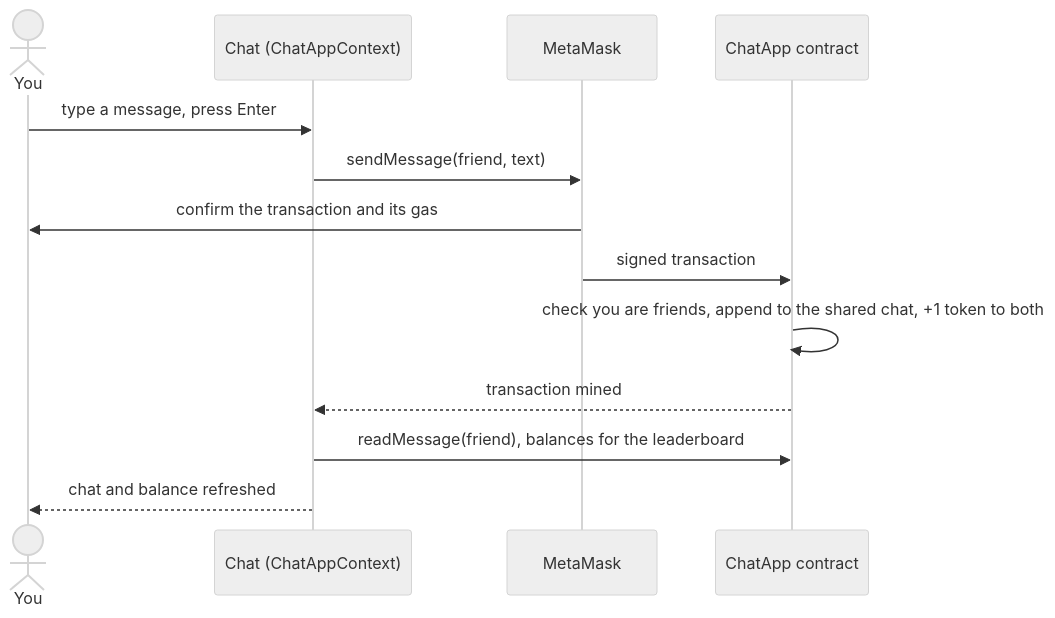
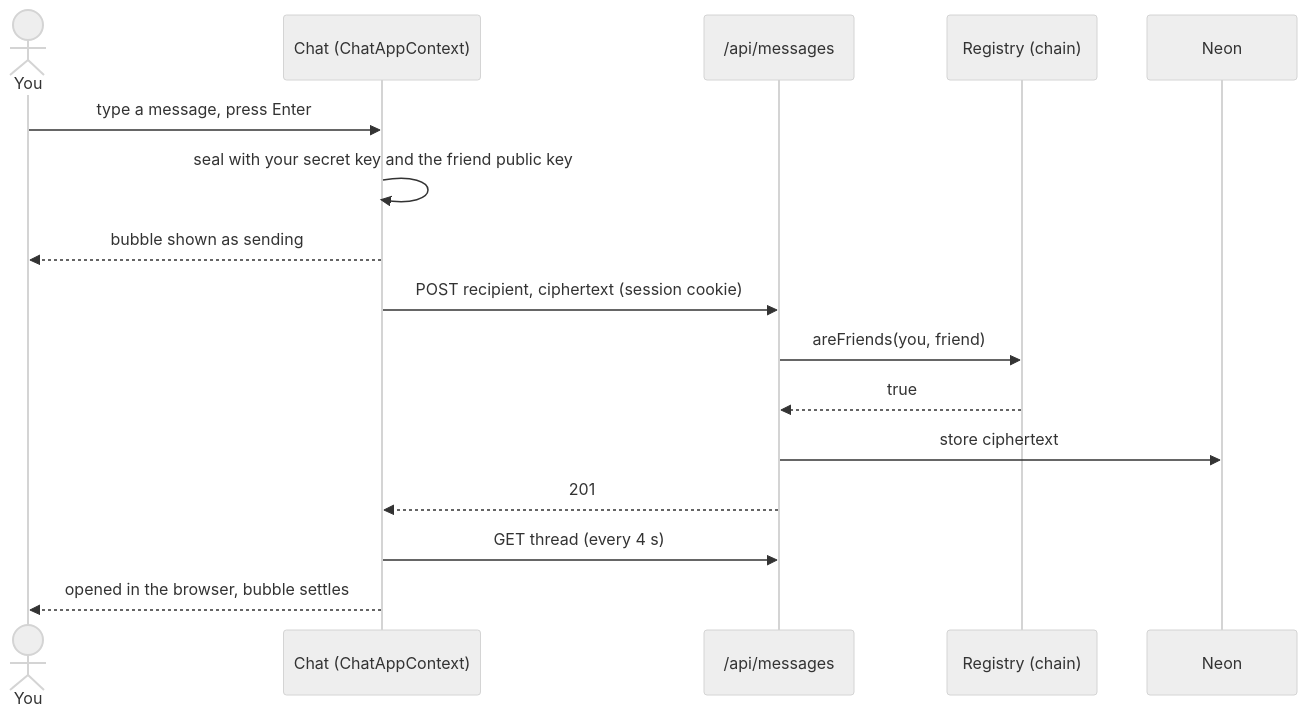
Before and after one commit to A-RYAN-1/node-connect: the second of 2 diagrams in README.md, drawn with Mermaid (neutral theme). The commit also changed other lines of this file and 28 other files, not shown here.

First line of the commit message:
Add end-to-end encrypted chat and wire the chat UI to the API (#4)

````diff
--- a/README.md
+++ b/README.md
@@ -145,15 +144,18 @@
 ```mermaid
 sequenceDiagram
     actor A as You
     participant UI as Chat (ChatAppContext)
-    participant M as MetaMask
-    participant C as ChatApp contract
+    participant API as /api/messages
+    participant C as Registry (chain)
+    participant D as Neon
     A->>UI: type a message, press Enter
-    UI->>M: sendMessage(friend, text)
-    M->>A: confirm the transaction and its gas
-    M->>C: signed transaction
-    C->>C: check you are friends, append to the shared chat, +1 token to both
-    C-->>UI: transaction mined
-    UI->>C: readMessage(friend), balances for the leaderboard
-    UI-->>A: chat and balance refreshed
+    UI->>UI: seal with your secret key and the friend public key
+    UI-->>A: bubble shown as sending
+    UI->>API: POST recipient, ciphertext (session cookie)
+    API->>C: areFriends(you, friend)
+    C-->>API: true
+    API->>D: store ciphertext
+    API-->>UI: 201
+    UI->>API: GET thread (every 4 s)
+    UI-->>A: opened in the browser, bubble settles
 ```
````
